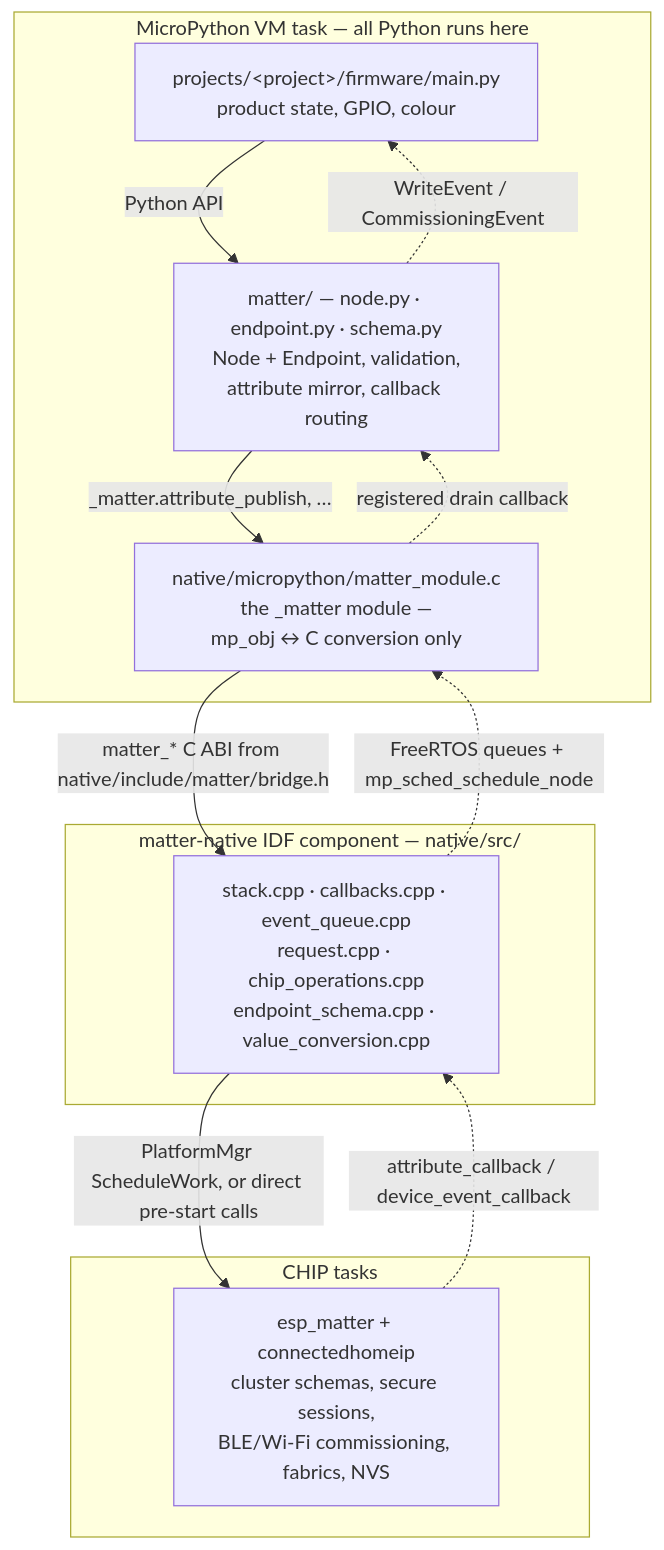
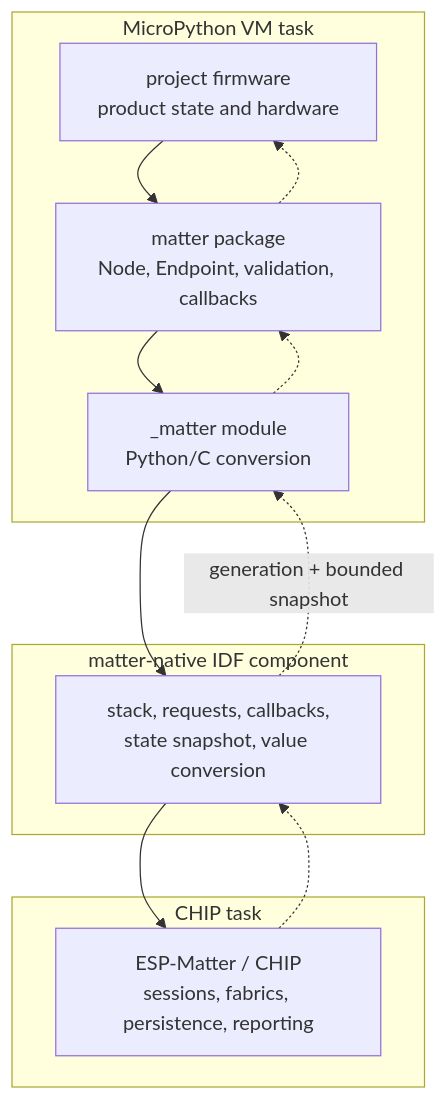
Before and after one commit to khlam/micropython-boardfarm: the first of 3 diagrams in firmware-packages/matter/ARCHITECTURE.md, drawn with Mermaid. The commit also changed other lines of this file and 37 other files, not shown here.

Commit message:
replace matter event queue with state snapshot and polling

````diff
--- a/firmware-packages/matter/ARCHITECTURE.md
+++ b/firmware-packages/matter/ARCHITECTURE.md
@@ -9,23 +10,19 @@
 ```mermaid
 flowchart TB
-    subgraph vm["MicroPython VM task — all Python runs here"]
-        app["projects/&lt;project&gt;/firmware/main.py<br/>product state, GPIO, colour"]
-        pkg["matter/ — node.py · endpoint.py · schema.py<br/>Node + Endpoint, validation,<br/>attribute mirror, callback routing"]
-        mod["native/micropython/matter_module.c<br/>the _matter module —<br/>mp_obj ↔ C conversion only"]
+    subgraph vm["MicroPython VM task"]
+        app["project firmware<br/>product state and hardware"]
+        package["matter package<br/>Node, Endpoint, validation, callbacks"]
+        module["_matter module<br/>Python/C conversion"]
     end
-    subgraph comp["matter-native IDF component — native/src/"]
-        stack["stack.cpp · callbacks.cpp · event_queue.cpp<br/>request.cpp · chip_operations.cpp<br/>endpoint_schema.cpp · value_conversion.cpp"]
+    subgraph native["matter-native IDF component"]
+        bridge["stack, requests, callbacks,<br/>state snapshot, value conversion"]
     end
-    subgraph chip["CHIP tasks"]
-        esp["esp_matter + connectedhomeip<br/>cluster schemas, secure sessions,<br/>BLE/Wi-Fi commissioning, fabrics, NVS"]
+    subgraph chip["CHIP task"]
+        matter["ESP-Matter / CHIP<br/>sessions, fabrics, persistence, reporting"]
     end
 
-    app -->|"Python API"| pkg
-    pkg -->|"_matter.attribute_publish, …"| mod
-    mod -->|"matter_* C ABI from native/include/matter/bridge.h"| stack
-    stack -->|"PlatformMgr ScheduleWork, or direct pre-start calls"| esp
-    esp -.->|"attribute_callback / device_event_callback"| stack
-    stack -.->|"FreeRTOS queues + mp_sched_schedule_node"| mod
-    mod -.->|"registered drain callback"| pkg
-    pkg -.->|"WriteEvent / CommissioningEvent"| app
+    app --> package --> module --> bridge --> matter
+    matter -.-> bridge
+    bridge -.->|"generation + bounded snapshot"| module
+    module -.-> package -.-> app
 ```
````
